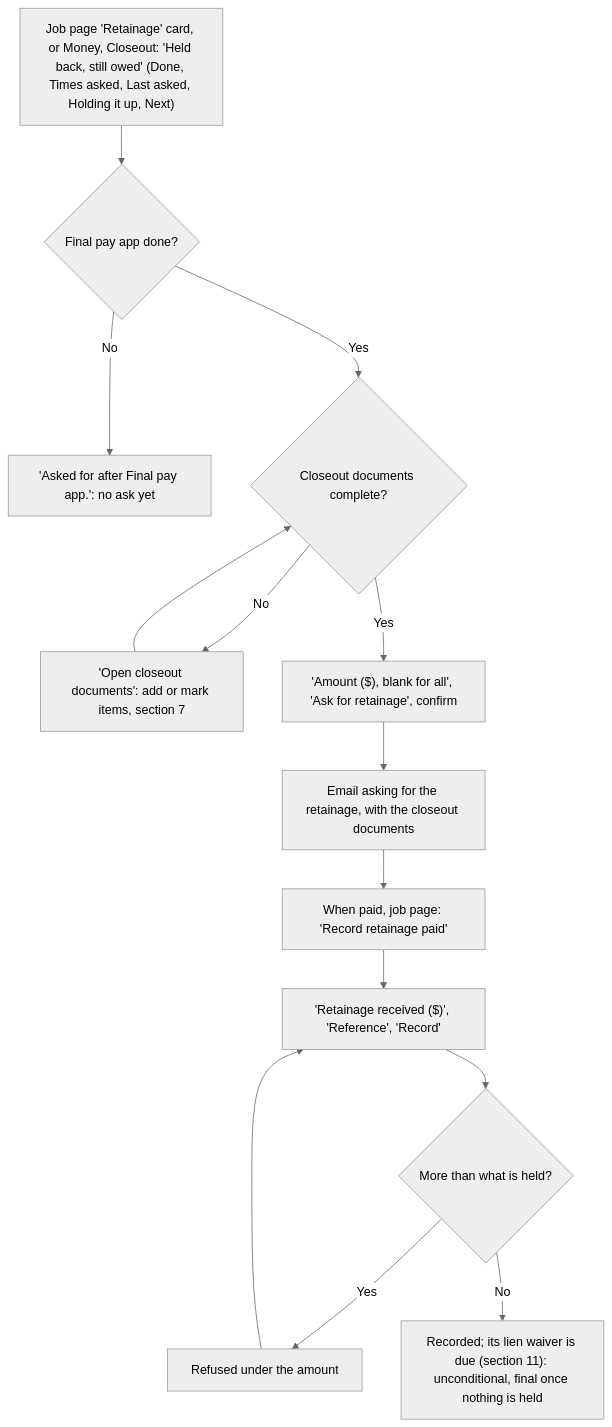
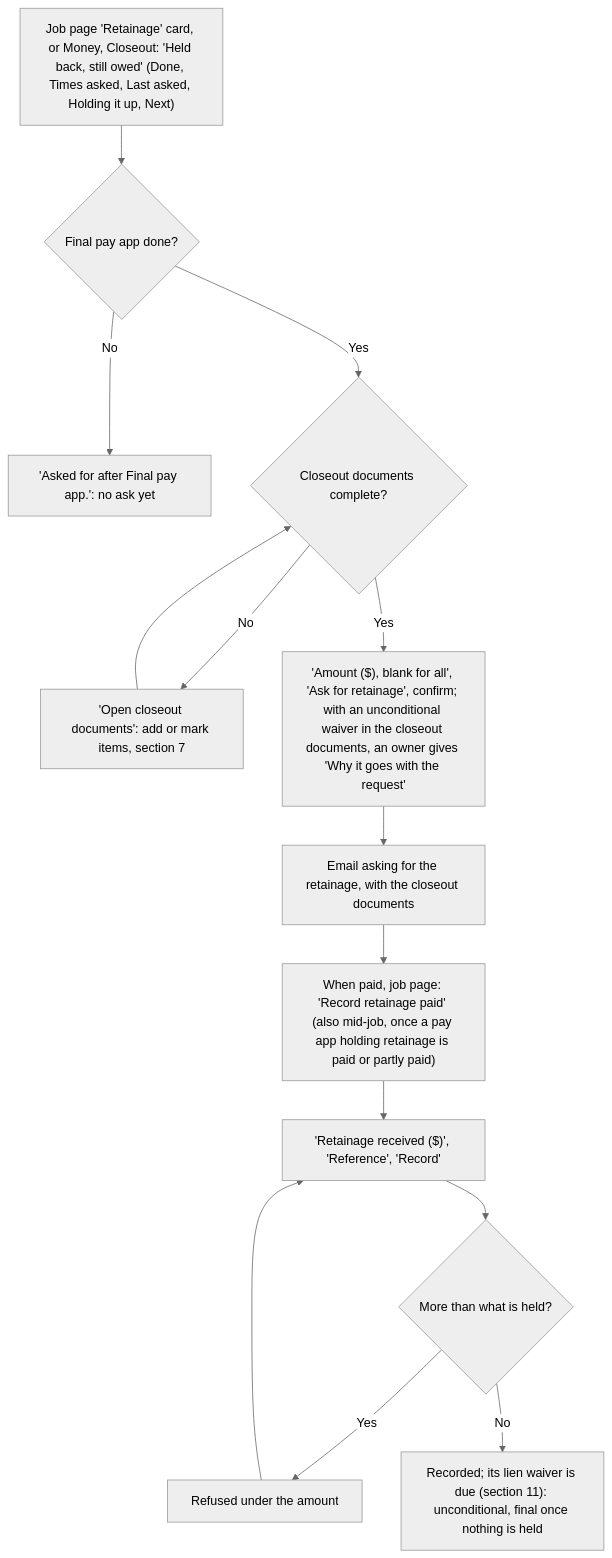
Before and after one commit to cartwrightstephen/billdable: diagram 12 of 18 in docs/client-flows.md, drawn with Mermaid (neutral theme). The commit also changed other lines of this file, not shown here.

First line of the commit message:
client-flows.md: which waiver a file is, is the person's answer; the Round 1 hunt's last fixes

````diff
--- a/docs/client-flows.md
+++ b/docs/client-flows.md
@@ -581,16 +586,16 @@
 ```mermaid
 flowchart TD
     A["Job page 'Retainage' card, or Money, Closeout: 'Held back, still owed' (Done, Times asked, Last asked, Holding it up, Next)"] --> B{"Final pay app done?"}
     B -->|"No"| C["'Asked for after Final pay app.': no ask yet"]
     B -->|"Yes"| D{"Closeout documents complete?"}
     D -->|"No"| E["'Open closeout documents': add or mark items, section 7"]
     E --> D
-    D -->|"Yes"| F["'Amount ($), blank for all', 'Ask for retainage', confirm"]
+    D -->|"Yes"| F["'Amount ($), blank for all', 'Ask for retainage', confirm; with an unconditional waiver in the closeout documents, an owner gives 'Why it goes with the request'"]
     F --> G["Email asking for the retainage, with the closeout documents"]
-    G --> J["When paid, job page: 'Record retainage paid'"]
+    G --> J["When paid, job page: 'Record retainage paid' (also mid-job, once a pay app holding retainage is paid or partly paid)"]
     J --> K["'Retainage received ($)', 'Reference', 'Record'"]
     K --> L{"More than what is held?"}
     L -->|"Yes"| M["Refused under the amount"]
     M --> K
     L -->|"No"| N["Recorded; its lien waiver is due (section 11): unconditional, final once nothing is held"]
 ```
````
